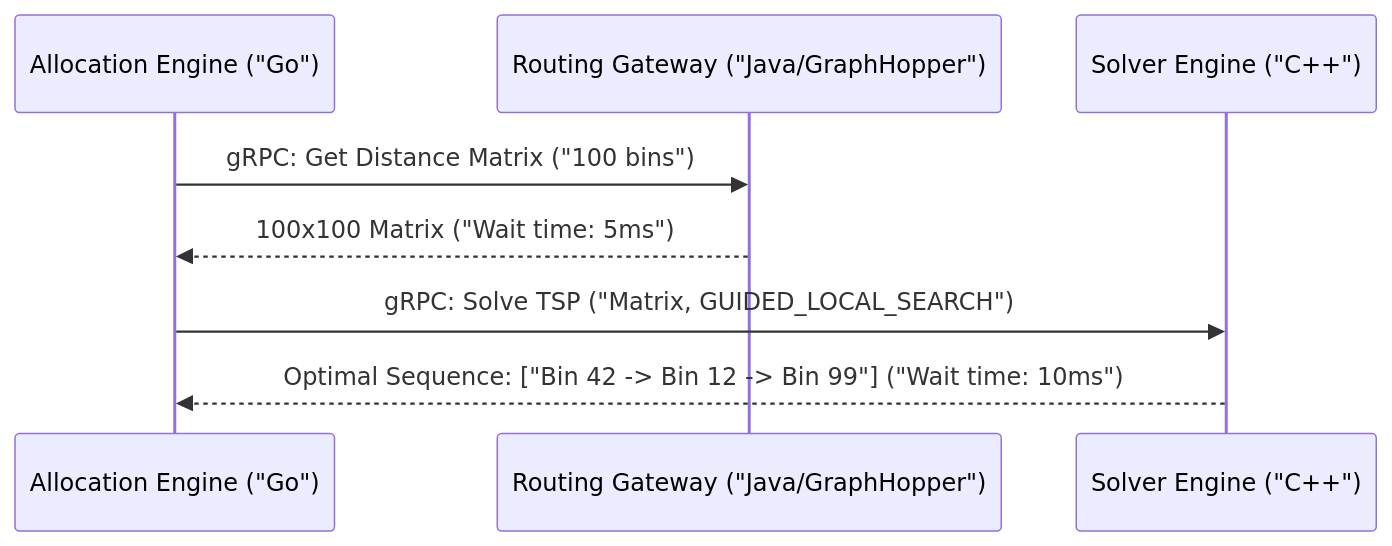
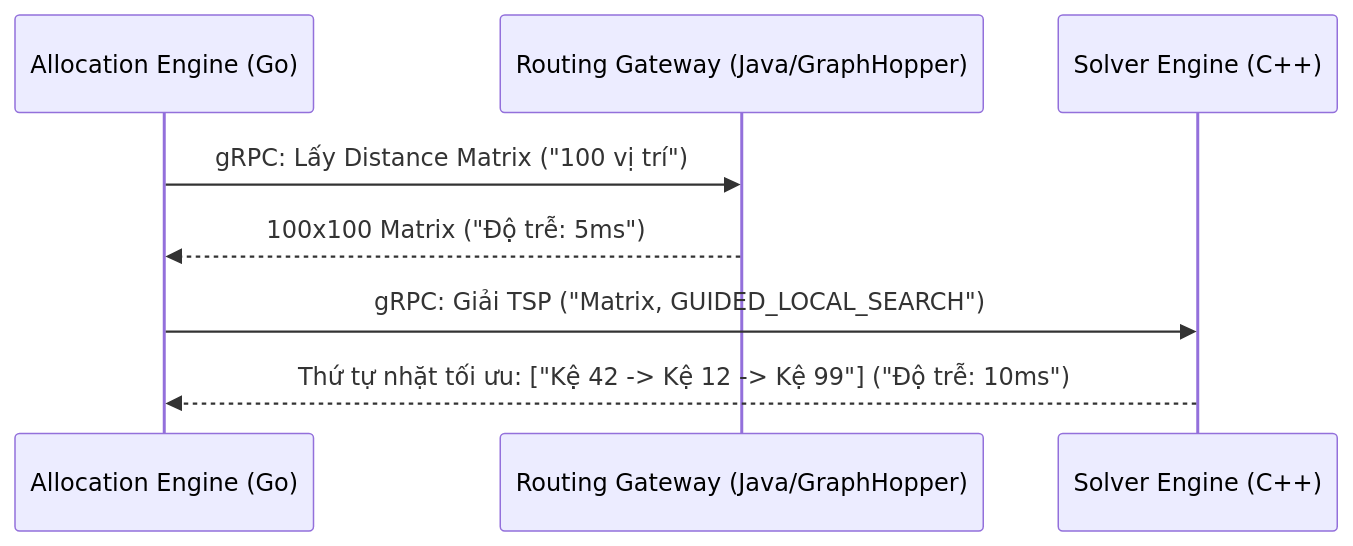
The second of 2 diagrams in content/series/ecommerce-order-allocation/part-10-warehouse-picker-routing-optimization.md (vesviet/vesviet), drawn with Mermaid before and after one commit. The commit also changed other lines of this file and 96 other files, not shown here.

````diff
--- a/content/series/ecommerce-order-allocation/part-10-warehouse-picker-routing-optimization.md
+++ b/content/series/ecommerce-order-allocation/part-10-warehouse-picker-routing-optimization.md
@@ -77,11 +96,11 @@
 ```mermaid
 sequenceDiagram
-    participant Go as Allocation Engine ("Go")
-    participant GH as Routing Gateway ("Java/GraphHopper")
-    participant OR as Solver Engine ("C++")
+    participant Go as Allocation Engine (Go)
+    participant GH as Routing Gateway (Java/GraphHopper)
+    participant OR as Solver Engine (C++)
 
-    Go->>GH: gRPC: Get Distance Matrix ("100 bins")
-    GH-->>Go: 100x100 Matrix ("Wait time: 5ms")
-    Go->>OR: gRPC: Solve TSP ("Matrix, GUIDED_LOCAL_SEARCH")
-    OR-->>Go: Optimal Sequence: ["Bin 42 -> Bin 12 -> Bin 99"] ("Wait time: 10ms")
+    Go->>GH: gRPC: Lấy Distance Matrix ("100 vị trí")
+    GH-->>Go: 100x100 Matrix ("Độ trễ: 5ms")
+    Go->>OR: gRPC: Giải TSP ("Matrix, GUIDED_LOCAL_SEARCH")
+    OR-->>Go: Thứ tự nhặt tối ưu: ["Kệ 42 -> Kệ 12 -> Kệ 99"] ("Độ trễ: 10ms")
 ```
````
